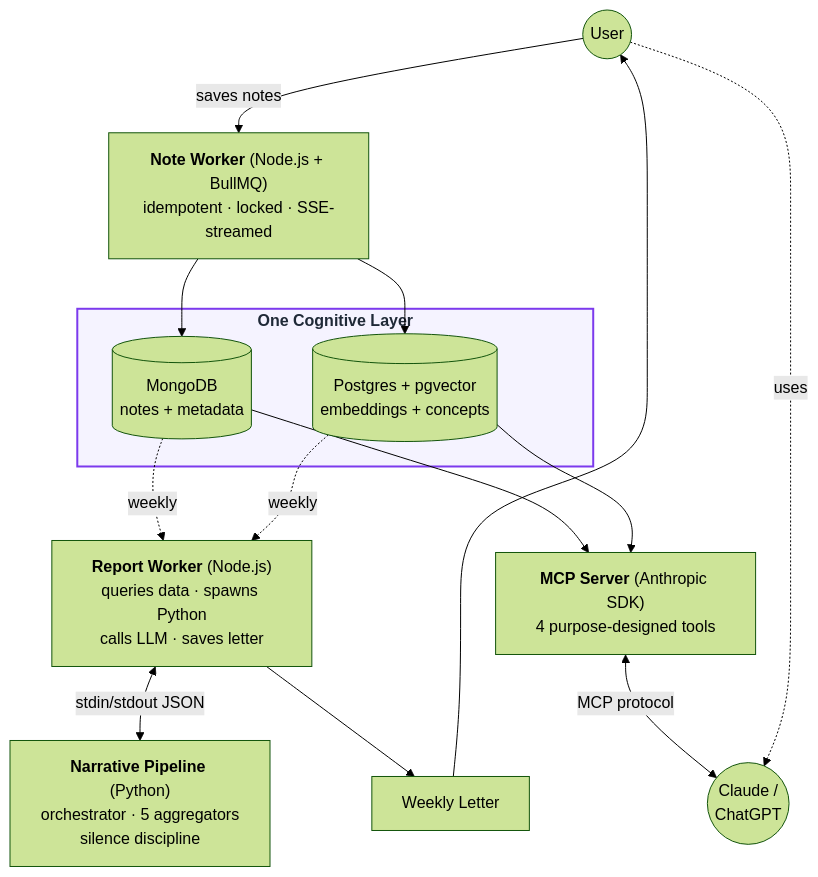
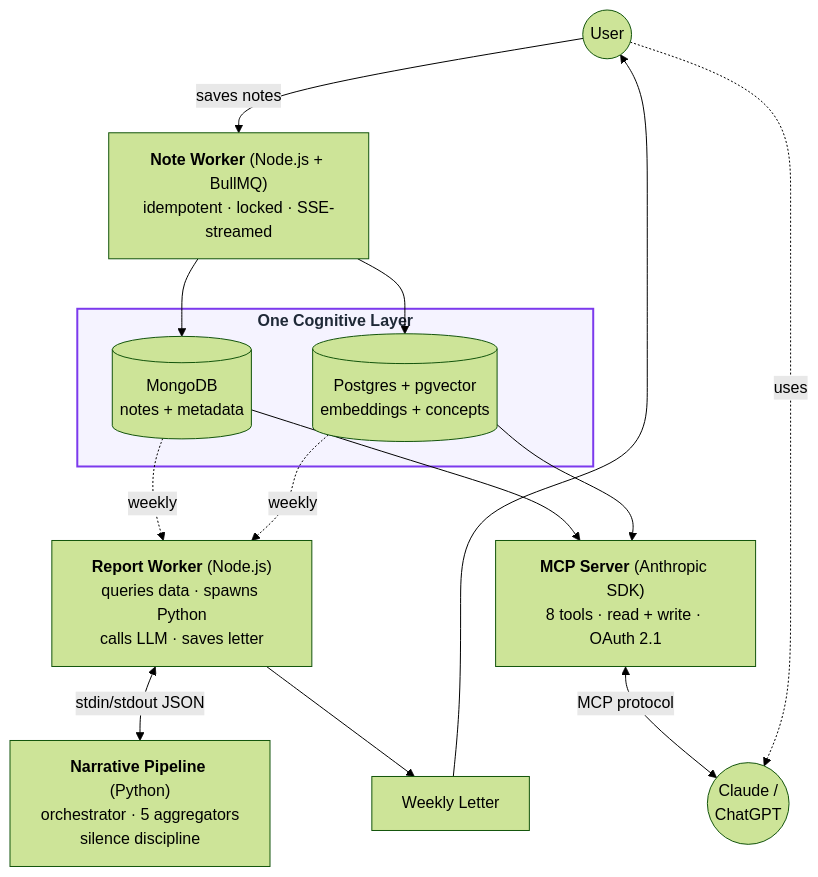
Before and after one commit to Allen-Wang-01/smart-notes: the diagram in README.md, drawn with Mermaid (forest theme). The commit also changed other lines of this file, not shown here.

First line of the commit message:
docs: document MCP write tool and OAuth 2.1 for MCP layer

````diff
--- a/README.md
+++ b/README.md
@@ -41,36 +41,36 @@
 ```mermaid
 flowchart TB
     User((User))
     Claude((Claude /<br/>ChatGPT))
 
     NoteWorker["<b>Note Worker</b> (Node.js + BullMQ)<br/>idempotent · locked · SSE-streamed"]
 
     subgraph CognitiveLayer["<b>One Cognitive Layer</b>"]
         Mongo[("MongoDB<br/>notes + metadata")]
         Vector[("Postgres + pgvector<br/>embeddings + concepts")]
     end
 
     ReportWorker["<b>Report Worker</b> (Node.js)<br/>queries data · spawns Python<br/>calls LLM · saves letter"]
     Pipeline["<b>Narrative Pipeline</b> (Python)<br/>orchestrator · 5 aggregators<br/>silence discipline"]
     Letter["Weekly Letter"]
 
-    MCP["<b>MCP Server</b> (Anthropic SDK)<br/>4 purpose-designed tools"]
+    MCP["<b>MCP Server</b> (Anthropic SDK)<br/>8 tools · read + write · OAuth 2.1"]
 
     User -->|saves notes| NoteWorker
     NoteWorker --> Mongo
     NoteWorker --> Vector
 
     Mongo -.weekly.-> ReportWorker
     Vector -.weekly.-> ReportWorker
     ReportWorker <-->|stdin/stdout JSON| Pipeline
     ReportWorker --> Letter
     Letter --> User
 
     Mongo --> MCP
     Vector --> MCP
     MCP <-->|MCP protocol| Claude
     User -.uses.-> Claude
 
     classDef layer fill:#f5f3ff,stroke:#7c3aed,stroke-width:2px,color:#1f2937
     class CognitiveLayer layer
 ```
````
